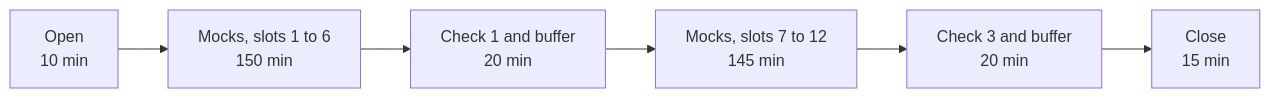
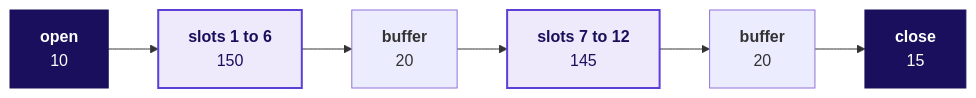
Before and after one commit to fde-academy-lab/c2-content-factory: the diagram in content/W03/D4/trainer/C2_W03_D04_day_sheet_TRAINER.md, drawn with Mermaid. The commit also changed other lines of this file and 2 other files, not shown here.

````diff
--- a/content/W03/D4/trainer/C2_W03_D04_day_sheet_TRAINER.md
+++ b/content/W03/D4/trainer/C2_W03_D04_day_sheet_TRAINER.md
@@ -43,5 +67,9 @@
 ```mermaid
 flowchart LR
-    O["Open<br/>10 min"] --> M1["Mocks, slots 1 to 6<br/>150 min"] --> K1["Check 1 and buffer<br/>20 min"]
-    K1 --> M2["Mocks, slots 7 to 12<br/>145 min"] --> K2["Check 3 and buffer<br/>20 min"] --> C["Close<br/>15 min"]
+    O["<b>open</b><br/>10"] --> M1["<b>slots 1 to 6</b><br/>150"] --> K1["<b>buffer</b><br/>20"]
+    K1 --> M2["<b>slots 7 to 12</b><br/>145"] --> K2["<b>buffer</b><br/>20"] --> C["<b>close</b><br/>15"]
+    classDef known fill:#EEEAFB,stroke:#5B3FD6,color:#1A0F5C,stroke-width:2px
+    classDef dark fill:#1A0F5C,stroke:#1A0F5C,color:#FFFFFF
+    class M1,M2 known
+    class O,C dark
 ```
````
